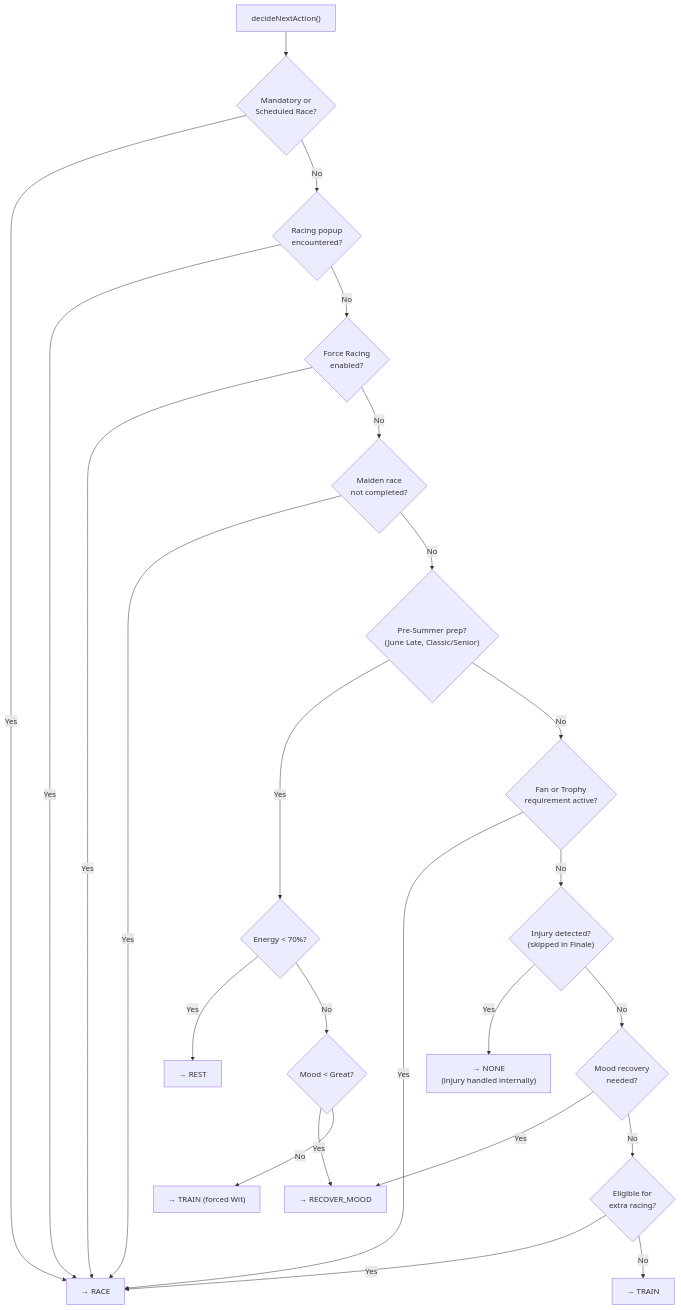
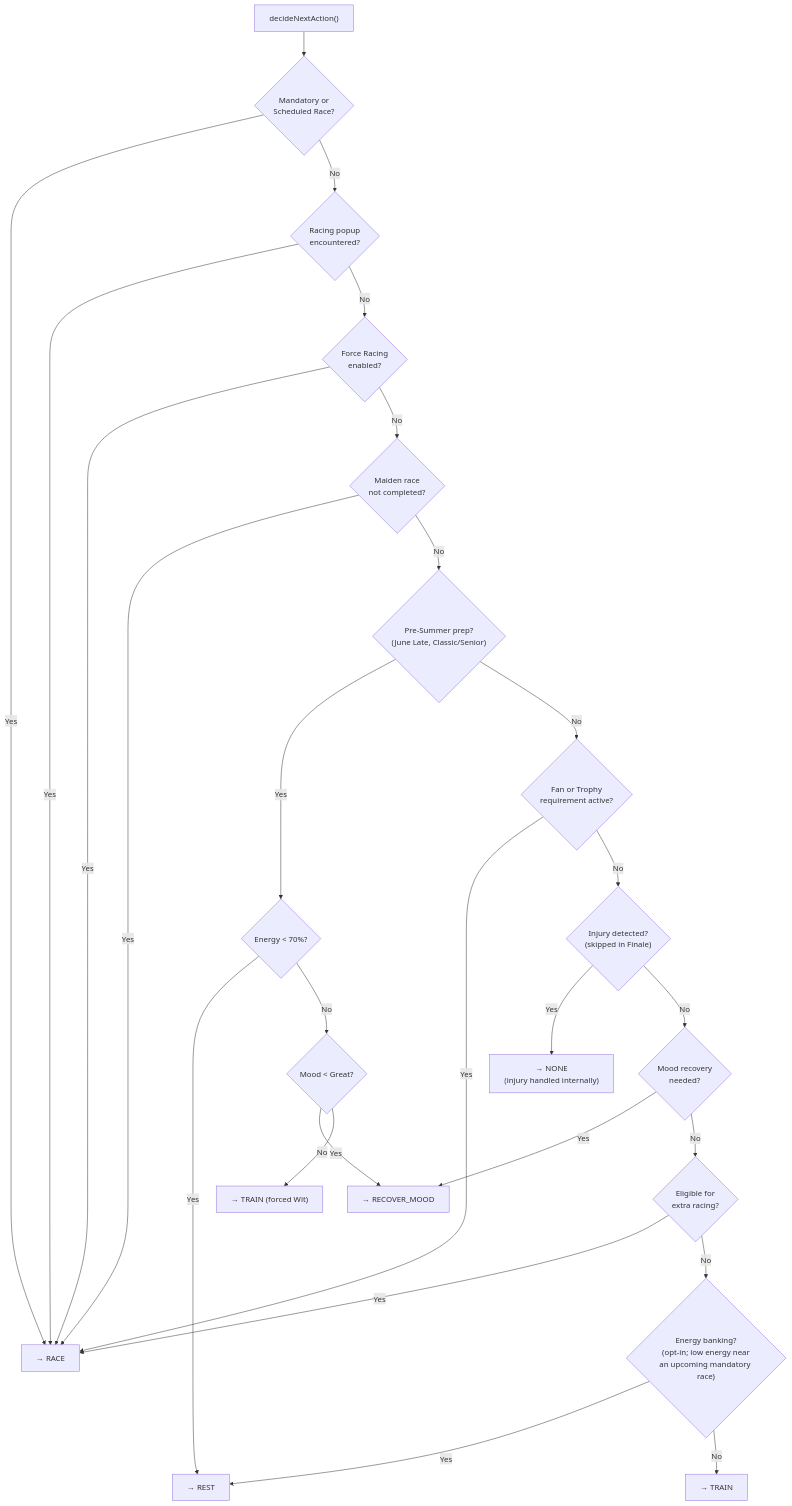
The fifth of 8 diagrams in HOW_IT_WORKS.md (Staticwitt/uma-android-automation), drawn with Mermaid before and after one commit. The commit also changed other lines of this file and 9 other files, not shown here.

First line of the commit message:
Add running-style stat bias, energy banking, and goal race stat reallocation (#87)

````diff
--- a/HOW_IT_WORKS.md
+++ b/HOW_IT_WORKS.md
@@ -242,26 +242,28 @@
 ```mermaid
 flowchart TD
     Start["decideNextAction()"] --> A{"Mandatory or\nScheduled Race?"}
     A -->|Yes| RACE["→ RACE"]
     A -->|No| B{"Racing popup\nencountered?"}
     B -->|Yes| RACE
     B -->|No| C{"Force Racing\nenabled?"}
     C -->|Yes| RACE
     C -->|No| D{"Maiden race\nnot completed?"}
     D -->|Yes| RACE
     D -->|No| E{"Pre-Summer prep?\n(June Late, Classic/Senior)"}
     E -->|Yes| PreSummer{"Energy < 70%?"}
     PreSummer -->|Yes| REST["→ REST"]
     PreSummer -->|No| MoodCheck{"Mood < Great?"}
     MoodCheck -->|Yes| RECOVER["→ RECOVER_MOOD"]
     MoodCheck -->|No| WIT["→ TRAIN (forced Wit)"]
     E -->|No| F{"Fan or Trophy\nrequirement active?"}
     F -->|Yes| RACE
     F -->|No| G{"Injury detected?\n(skipped in Finale)"}
     G -->|Yes| NONE["→ NONE\n(injury handled internally)"]
     G -->|No| H{"Mood recovery\nneeded?"}
     H -->|Yes| RECOVER
     H -->|No| I{"Eligible for\nextra racing?"}
     I -->|Yes| RACE
-    I -->|No| TRAIN["→ TRAIN"]
+    I -->|No| J{"Energy banking?\n(opt-in; low energy near\nan upcoming mandatory race)"}
+    J -->|Yes| REST
+    J -->|No| TRAIN["→ TRAIN"]
 ```
````
